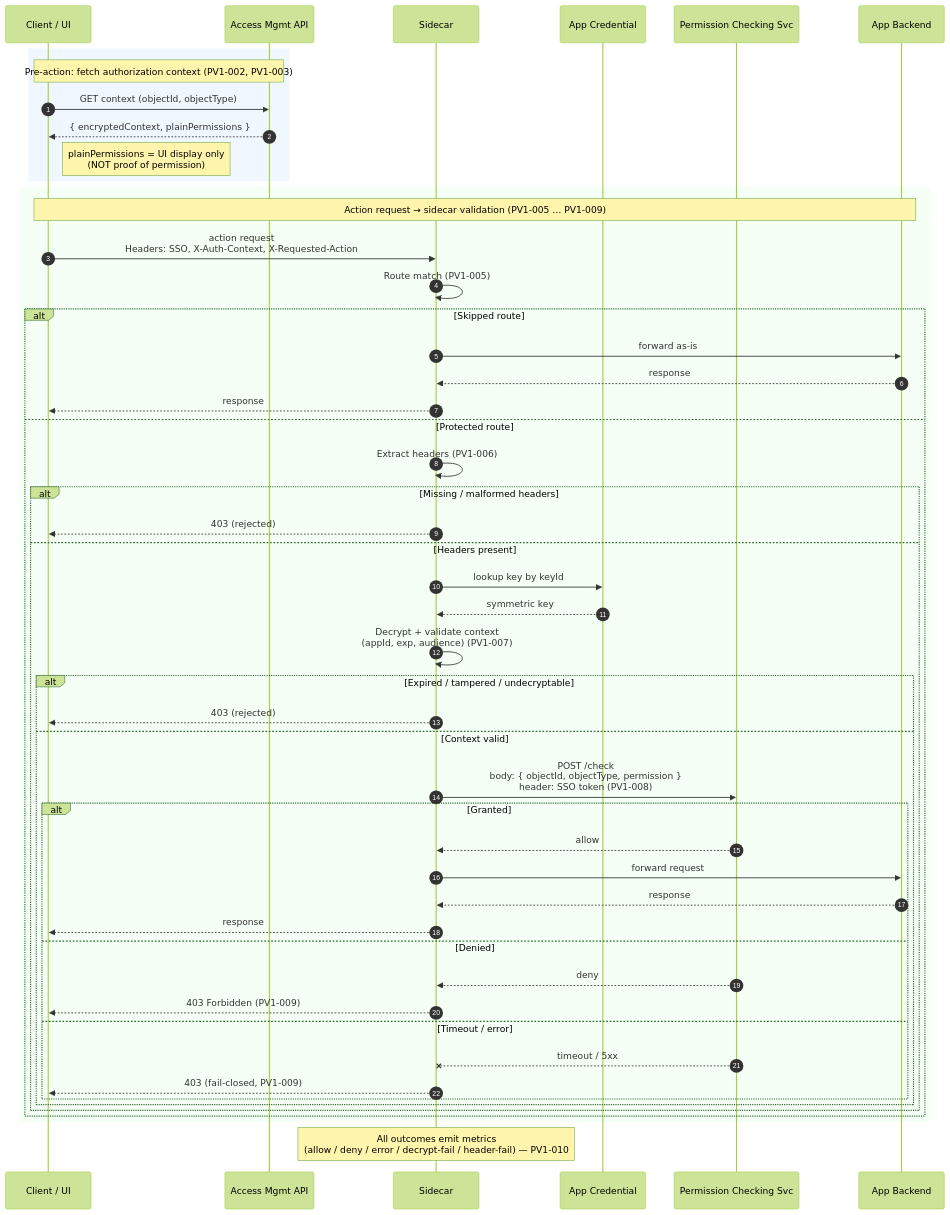
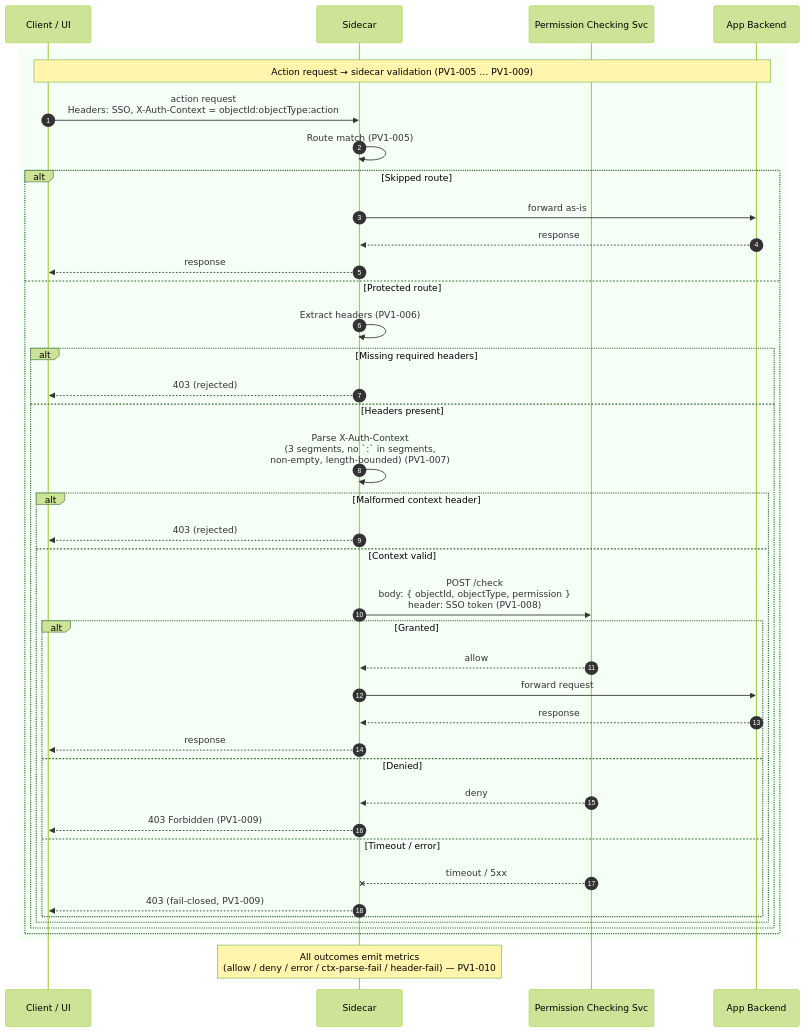
The third of 3 diagrams in prd/permission-validation/phase-1-architecture.md (YuShuanHsieh/workspace), drawn with Mermaid (forest theme) before and after one commit. The commit also changed other lines of this file and 7 other files, not shown here.

First line of the commit message:
docs: replace phase-1 encrypted context with plaintext header format

````diff
--- a/prd/permission-validation/phase-1-architecture.md
+++ b/prd/permission-validation/phase-1-architecture.md
@@ -149,56 +136,45 @@
 ```mermaid
 sequenceDiagram
     autonumber
     participant U as Client / UI
-    participant AM as Access Mgmt API
     participant SC as Sidecar
-    participant CR as App Credential
     participant PCS as Permission Checking Svc
     participant BE as App Backend
 
-    rect rgb(240,247,255)
-    note over U,AM: Pre-action: fetch authorization context (PV1-002, PV1-003)
-    U->>AM: GET context (objectId, objectType)
-    AM-->>U: { encryptedContext, plainPermissions }
-    note right of U: plainPermissions = UI display only<br/>(NOT proof of permission)
-    end
-
     rect rgb(245,255,245)
     note over U,BE: Action request → sidecar validation (PV1-005 … PV1-009)
-    U->>SC: action request<br/>Headers: SSO, X-Auth-Context, X-Requested-Action
+    U->>SC: action request<br/>Headers: SSO, X-Auth-Context = objectId:objectType:action
     SC->>SC: Route match (PV1-005)
     alt Skipped route
         SC->>BE: forward as-is
         BE-->>SC: response
         SC-->>U: response
     else Protected route
         SC->>SC: Extract headers (PV1-006)
-        alt Missing / malformed headers
+        alt Missing required headers
             SC-->>U: 403 (rejected)
         else Headers present
-            SC->>CR: lookup key by keyId
-            CR-->>SC: symmetric key
-            SC->>SC: Decrypt + validate context<br/>(appId, exp, audience) (PV1-007)
-            alt Expired / tampered / undecryptable
+            SC->>SC: Parse X-Auth-Context<br/>(3 segments, no `:` in segments,<br/>non-empty, length-bounded) (PV1-007)
+            alt Malformed context header
                 SC-->>U: 403 (rejected)
             else Context valid
                 SC->>PCS: POST /check<br/>body: { objectId, objectType, permission }<br/>header: SSO token (PV1-008)
                 alt Granted
                     PCS-->>SC: allow
                     SC->>BE: forward request
                     BE-->>SC: response
                     SC-->>U: response
                 else Denied
                     PCS-->>SC: deny
                     SC-->>U: 403 Forbidden (PV1-009)
                 else Timeout / error
                     PCS--xSC: timeout / 5xx
                     SC-->>U: 403 (fail-closed, PV1-009)
                 end
             end
         end
     end
     end
 
-    note over SC: All outcomes emit metrics<br/>(allow / deny / error / decrypt-fail / header-fail) — PV1-010
+    note over SC: All outcomes emit metrics<br/>(allow / deny / error / ctx-parse-fail / header-fail) — PV1-010
 ```
````
